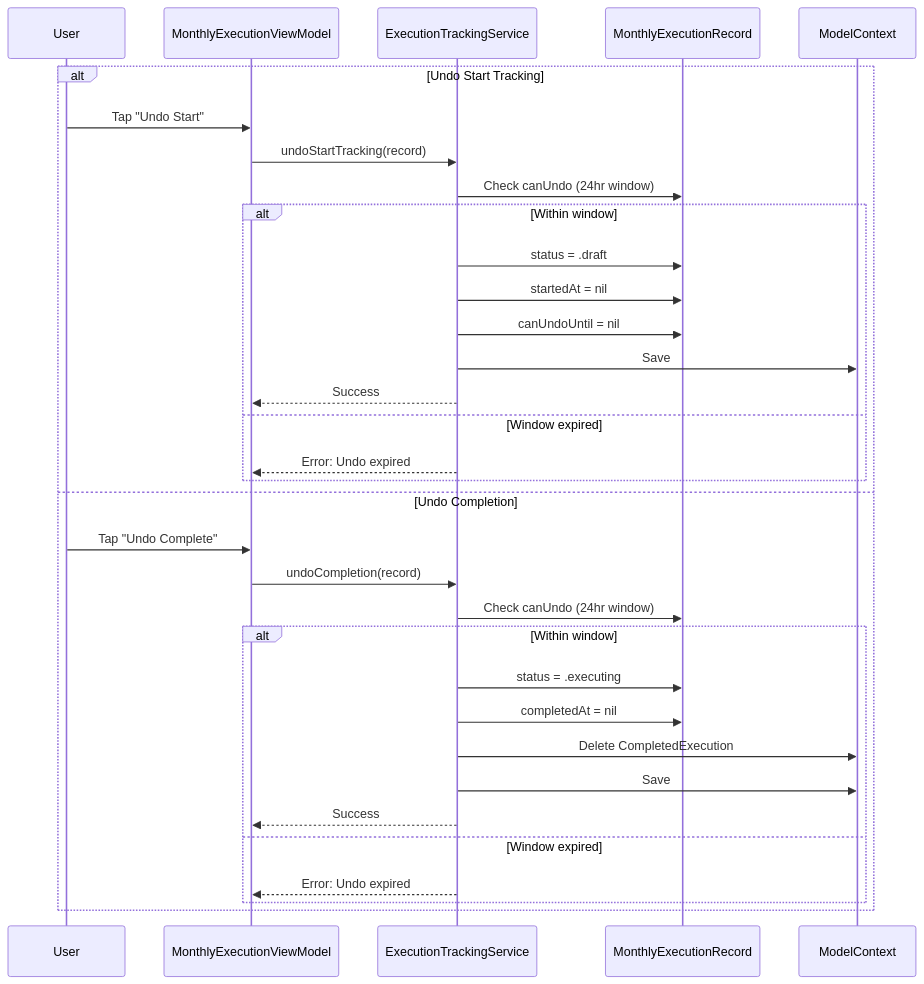
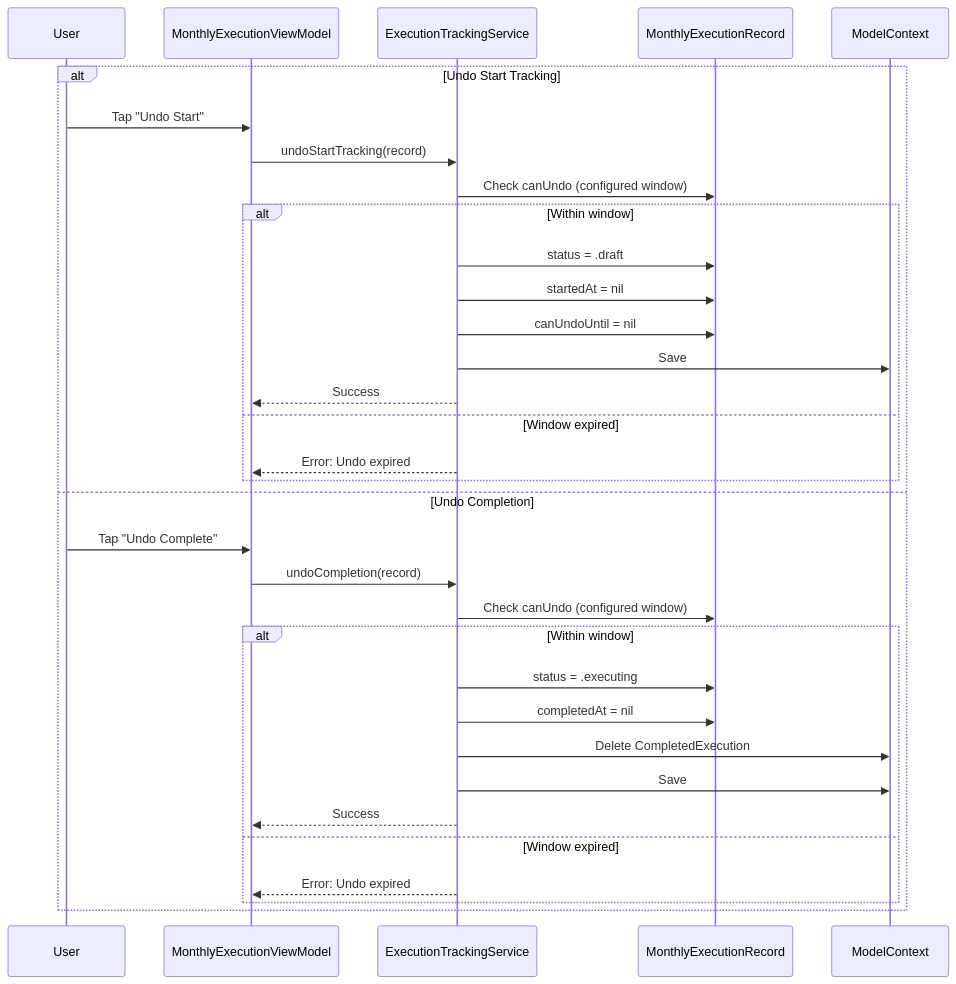
Before and after one commit to lueurxax/CryptoSavingsTracker: the eighth of 9 diagrams in docs/CONTRIBUTION_FLOW.md, drawn with Mermaid. The commit also changed other lines of this file and 437 other files, not shown here.

````diff
--- a/docs/CONTRIBUTION_FLOW.md
+++ b/docs/CONTRIBUTION_FLOW.md
@@ -369,39 +378,39 @@
 ```mermaid
 sequenceDiagram
     participant User
     participant VM as MonthlyExecutionViewModel
     participant ETS as ExecutionTrackingService
     participant MER as MonthlyExecutionRecord
     participant DB as ModelContext
 
     alt Undo Start Tracking
         User->>VM: Tap "Undo Start"
         VM->>ETS: undoStartTracking(record)
-        ETS->>MER: Check canUndo (24hr window)
+        ETS->>MER: Check canUndo (configured window)
 
         alt Within window
             ETS->>MER: status = .draft
             ETS->>MER: startedAt = nil
             ETS->>MER: canUndoUntil = nil
             ETS->>DB: Save
             ETS-->>VM: Success
         else Window expired
             ETS-->>VM: Error: Undo expired
         end
 
     else Undo Completion
         User->>VM: Tap "Undo Complete"
         VM->>ETS: undoCompletion(record)
-        ETS->>MER: Check canUndo (24hr window)
+        ETS->>MER: Check canUndo (configured window)
 
         alt Within window
             ETS->>MER: status = .executing
             ETS->>MER: completedAt = nil
             ETS->>DB: Delete CompletedExecution
             ETS->>DB: Save
             ETS-->>VM: Success
         else Window expired
             ETS-->>VM: Error: Undo expired
         end
     end
 ```
````
